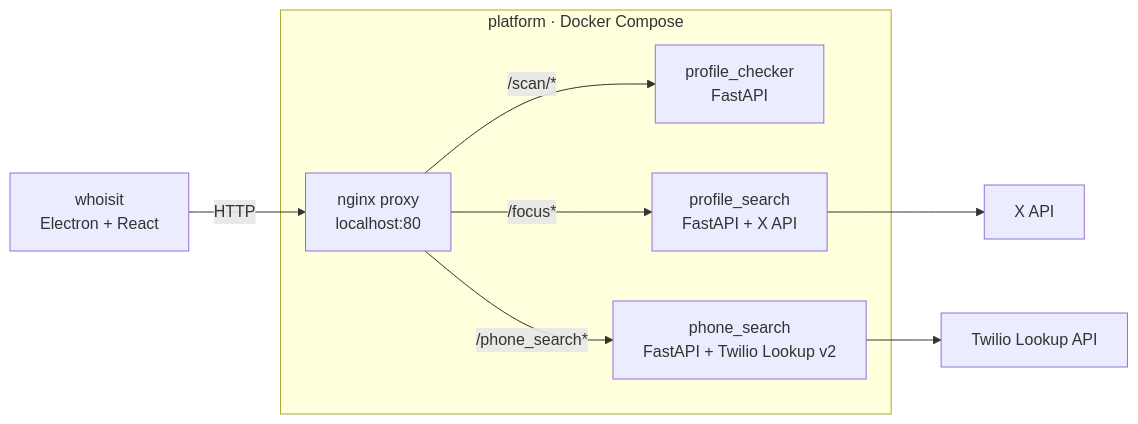
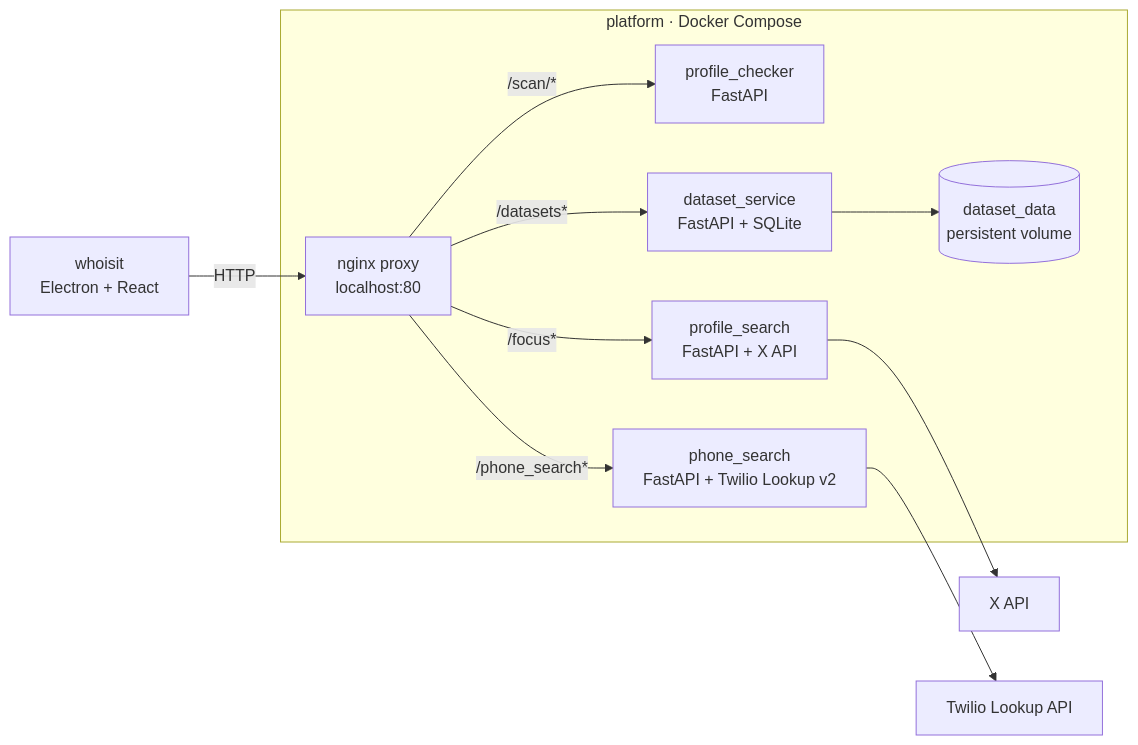
The diagram in profile/README.md (osint-services/.github), drawn with Mermaid before and after one commit. The commit also changed other lines of this file, not shown here.

Commit message:
Document dataset search architecture

````diff
--- a/profile/README.md
+++ b/profile/README.md
@@ -7,13 +7,15 @@
 ```mermaid
 flowchart LR
     UI["whoisit<br/>Electron + React"] -->|HTTP| Proxy["nginx proxy<br/>localhost:80"]
 
     subgraph Platform["platform · Docker Compose"]
         Proxy -->|/scan/*| Checker["profile_checker<br/>FastAPI"]
         Proxy -->|/focus*| Search["profile_search<br/>FastAPI + X API"]
         Proxy -->|/phone_search*| Phone["phone_search<br/>FastAPI + Twilio Lookup v2"]
+        Proxy -->|/datasets*| Data["dataset_service<br/>FastAPI + SQLite"]
+        Data --> Volume[("dataset_data<br/>persistent volume")]
     end
 
     Search --> X["X API"]
     Phone --> Twilio["Twilio Lookup API"]
 ```
````
